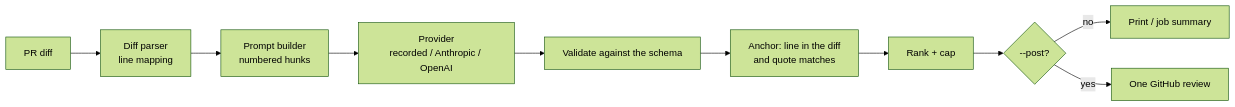
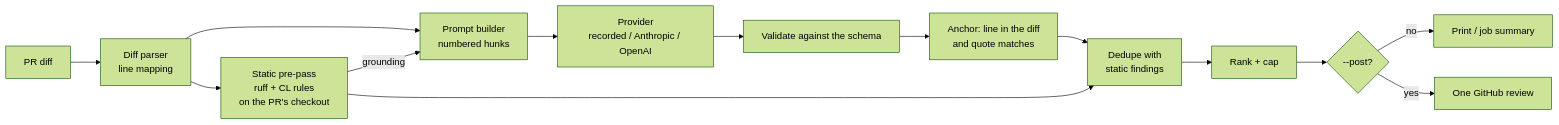
The diagram in README.md (vivekdavara/codelens), drawn with Mermaid (forest theme) before and after one commit. The commit also changed other lines of this file, not shown here.

First line of the commit message:
Bring the README to day 3: pre-pass, eval results, rule noise

````diff
--- a/README.md
+++ b/README.md
@@ -15,12 +17,16 @@
 ```mermaid
 flowchart LR
     A[PR diff] --> B[Diff parser<br/>line mapping]
+    B --> S[Static pre-pass<br/>ruff + CL rules<br/>on the PR's checkout]
     B --> D[Prompt builder<br/>numbered hunks]
+    S -- grounding --> D
     D --> E[Provider<br/>recorded / Anthropic / OpenAI]
     E --> F[Validate against the schema]
     F --> G[Anchor: line in the diff<br/>and quote matches]
-    G --> H[Rank + cap]
+    G --> M[Dedupe with<br/>static findings]
+    S --> M
+    M --> H[Rank + cap]
     H --> I{--post?}
     I -- no --> J[Print / job summary]
     I -- yes --> K[One GitHub review]
 ```
````
